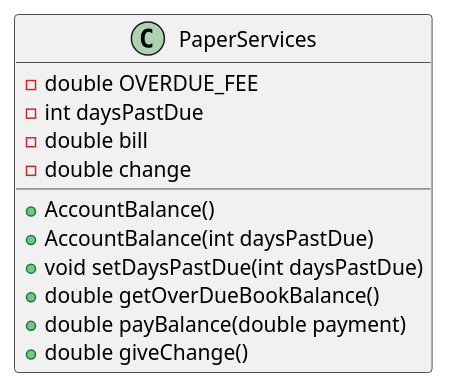
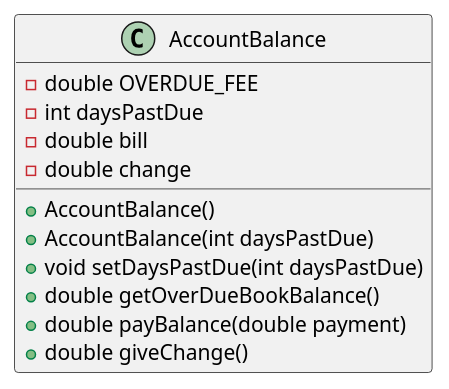
Before and after one commit to Eperez5/LibrarySystem: the diagram in LibrarySystem/src/AccountBalanceUML.puml, drawn with PlantUML. The commit also changed 3 other files, not shown here.

```diff
--- a/LibrarySystem/src/AccountBalanceUML.puml
+++ b/LibrarySystem/src/AccountBalanceUML.puml
@@ -1,17 +1,17 @@
 @startuml
-class PaperServices{
+class AccountBalance{
 -double OVERDUE_FEE
 -int daysPastDue
 -double bill
 -double change
 
 +AccountBalance()
 +AccountBalance(int daysPastDue)
 +void setDaysPastDue(int daysPastDue)
 +double getOverDueBookBalance()
 +double payBalance(double payment)
 +double giveChange()
 }
 
 
 @enduml
```
